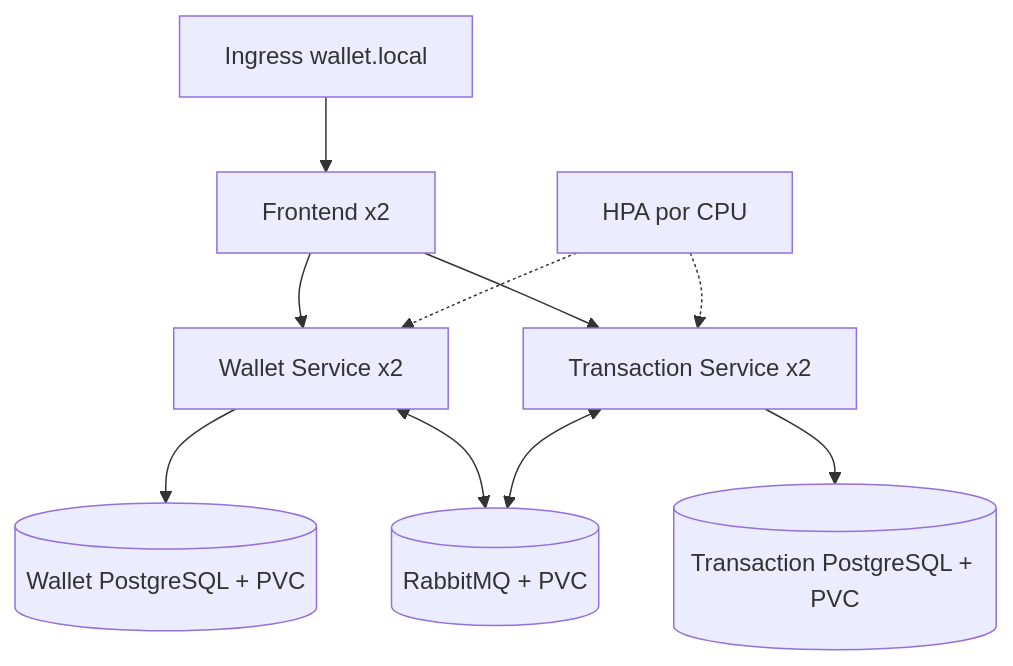
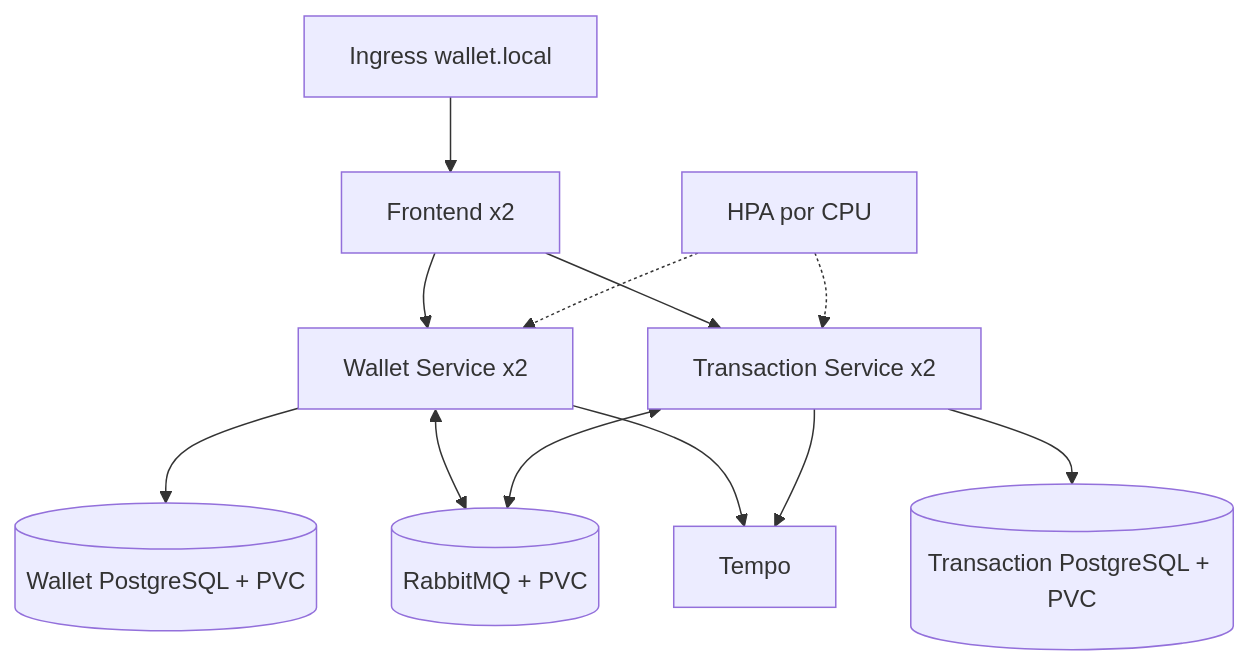
One commit to Fernando-infnet/Fernando_Araujo_PB_TP1 changed the diagram in TP5/KUBERNETES.md. Above: the diagram before and after it, drawn with Mermaid. The commit also changed other lines of this file and 41 other files, not shown here.

````diff
--- a/TP5/KUBERNETES.md
+++ b/TP5/KUBERNETES.md
@@ -18,12 +19,14 @@
 ```mermaid
 flowchart TB
     I[Ingress wallet.local] --> F[Frontend x2]
     F --> W[Wallet Service x2]
     F --> T[Transaction Service x2]
     W --> WDB[(Wallet PostgreSQL + PVC)]
     T --> TDB[(Transaction PostgreSQL + PVC)]
     W <--> R[(RabbitMQ + PVC)]
     T <--> R
+    W --> O[Tempo]
+    T --> O
     HPA[HPA por CPU] -.-> W
     HPA -.-> T
 ```
````
